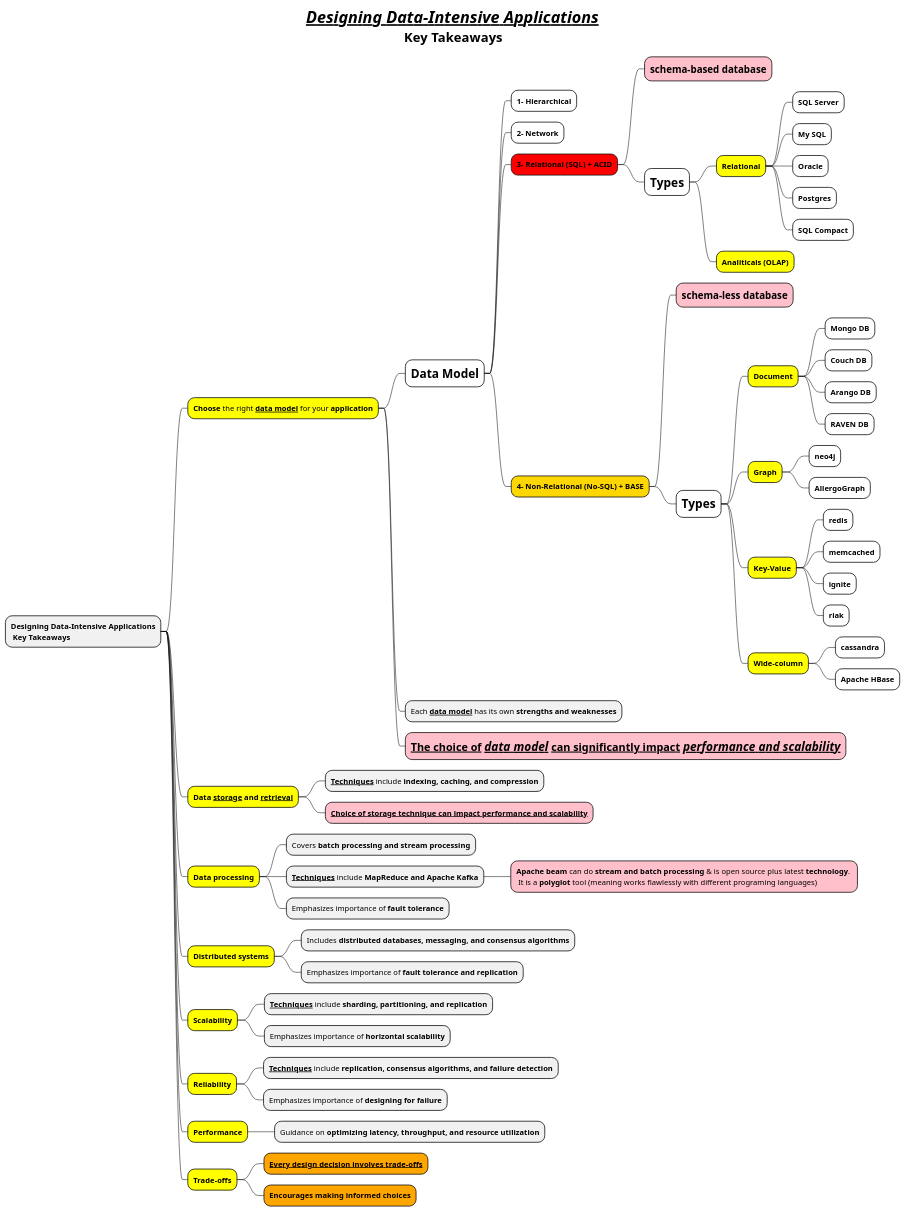
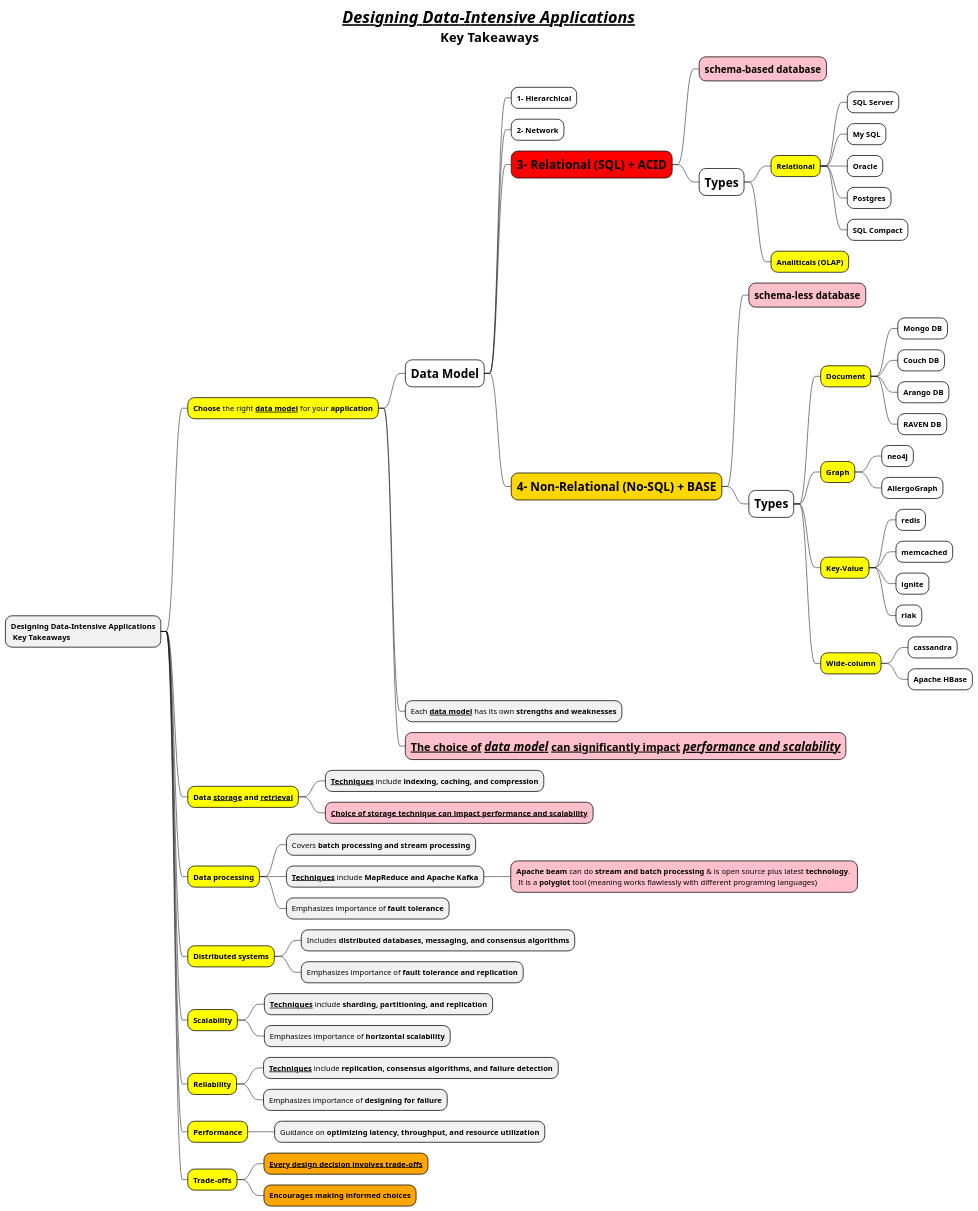
Before and after one commit to MehmoodHashmi/Documentation-as-Code-DaC: the diagram in docs/books/1-books-backlog/DBMS/Designing-Data-Intensive-Applications.puml, drawn with PlantUML. The commit also changed 7 other files, not shown here.

```diff
--- a/docs/books/1-books-backlog/DBMS/Designing-Data-Intensive-Applications.puml
+++ b/docs/books/1-books-backlog/DBMS/Designing-Data-Intensive-Applications.puml
@@ -1,64 +1,64 @@
 @startmindmap
 
 title  = //__**Designing Data-Intensive Applications**__//\n <size:24>**Key Takeaways**
 
 *  **Designing Data-Intensive Applications**\n **Key Takeaways**
 **[#yellow] **Choose** the right **__data model__** for your **application**
 ***[#white] =**Data Model**
 ****[#white] **1- Hierarchical**
 ****[#white] **2- Network**
-****[#red] **3- Relational (SQL) + ACID**
+****[#red] =**3- Relational (SQL) + ACID**
 *****[#pink]  ==**schema-based database**
 *****[#white]  =**Types**
 ******[#yellow]  **Relational**
 *******[#white]  **SQL Server**
 *******[#white]  **My SQL**
 *******[#white]  **Oracle**
 *******[#white]  **Postgres**
 *******[#white]  **SQL Compact**
 ******[#yellow]  **Analiticals (OLAP)**
-****[#gold] **4- Non-Relational (No-SQL) + BASE**
+****[#gold] =**4- Non-Relational (No-SQL) + BASE**
 *****[#pink] ==**schema-less database**
 *****[#white] =**Types**
 ******[#yellow] **Document**
 *******[#white] **Mongo DB**
 *******[#white] **Couch DB**
 *******[#white] **Arango DB**
 *******[#white] **RAVEN DB**
 ******[#yellow] **Graph**
 *******[#white] **neo4j**
 *******[#white] **AllergoGraph**
 ******[#yellow] **Key-Value**
 *******[#white] **redis**
 *******[#white] **memcached**
 *******[#white] **ignite**
 *******[#white] **riak**
 ******[#yellow] **Wide-column**
 *******[#white] **cassandra**
 *******[#white] **Apache HBase**
 *** Each **__data model__** has its own **strengths and weaknesses**
 ***[#pink] ==**__The choice of //data model// can significantly impact //performance and scalability//__**
 **[#yellow] **Data __storage__ and __retrieval__**
 *** **__Techniques__** include **indexing, caching, and compression**
 ***[#pink] __**Choice of storage technique can impact performance and scalability**__
 **[#yellow] **Data processing**
 *** Covers **batch processing and stream processing**
 *** **__Techniques__** include **MapReduce and Apache Kafka**
 ****[#pink] **Apache beam** can do **stream and batch processing** & is open source plus latest **technology**. \n It is a **polyglot** tool (meaning works flawlessly with different programing languages)
 *** Emphasizes importance of **fault tolerance**
 **[#yellow] **Distributed systems**
 *** Includes **distributed databases, messaging, and consensus algorithms**
 *** Emphasizes importance of **fault tolerance and replication**
 **[#yellow] **Scalability**
 *** **__Techniques__** include **sharding, partitioning, and replication**
 *** Emphasizes importance of **horizontal scalability**
 **[#yellow] **Reliability**
 *** **__Techniques__** include **replication, consensus algorithms, and failure detection**
 *** Emphasizes importance of **designing for failure**
 **[#yellow] **Performance**
 *** Guidance on **optimizing latency, throughput, and resource utilization**
 **[#yellow] **Trade-offs**
 ***[#orange] **__Every design decision involves trade-offs__**
 ***[#orange] **Encourages making informed choices**
 
 @endmindmap
```
